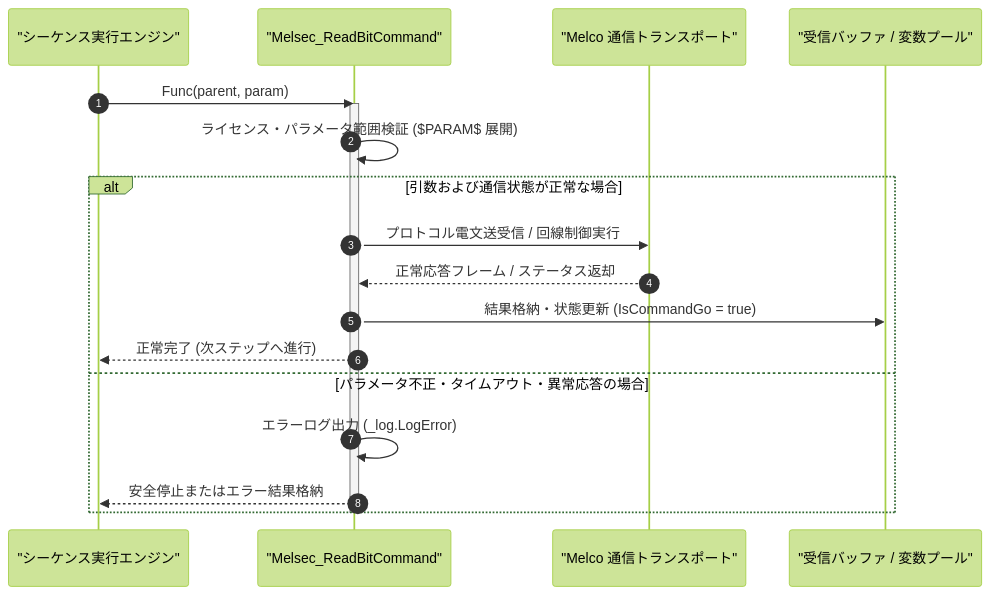
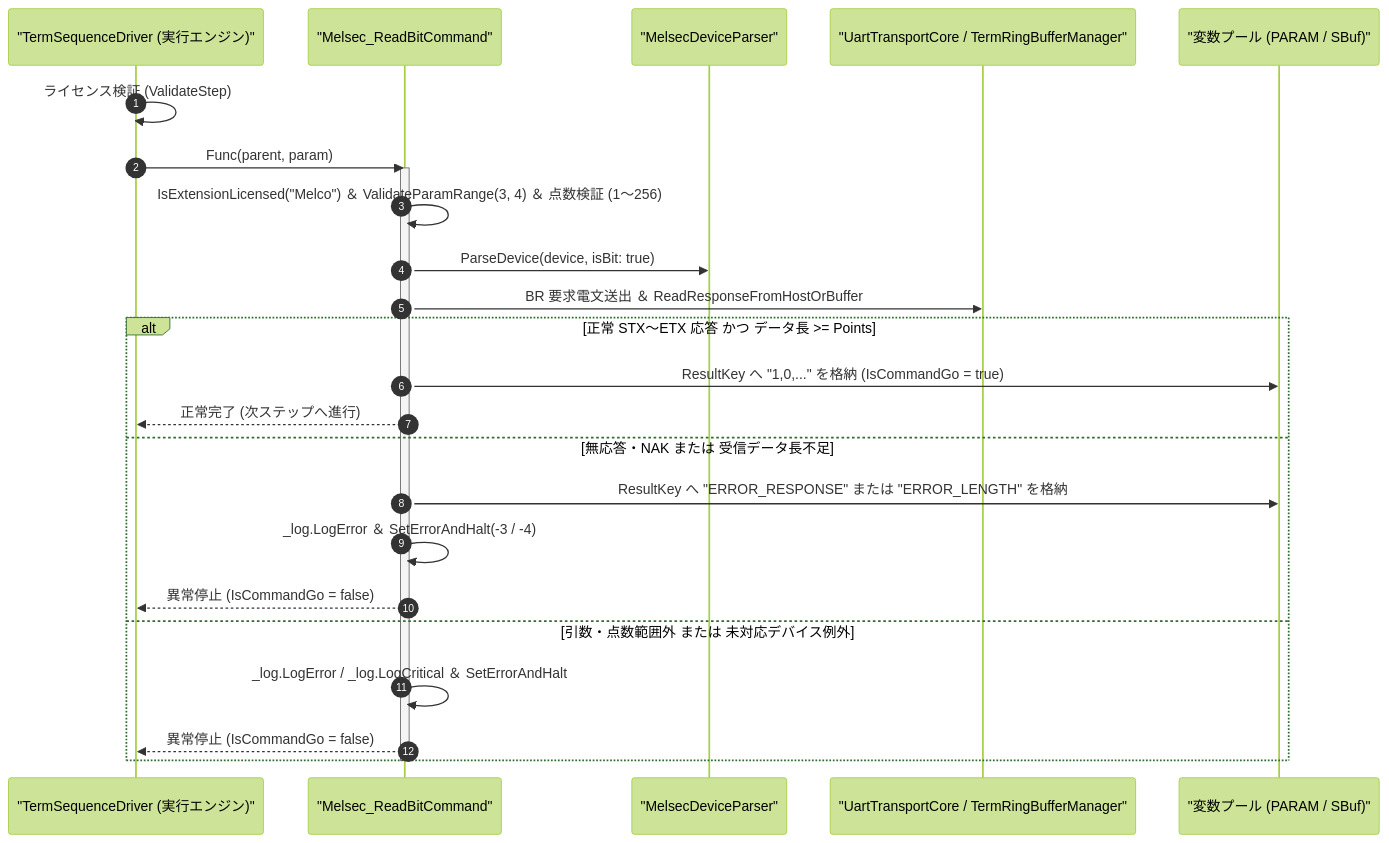
The diagram in Manual/Melco/Melsec_ReadBit.Md (Monaca-App/TermAddIn), drawn with Mermaid (forest theme) before and after one commit. The commit also changed other lines of this file and 157 other files, not shown here.

````diff
--- a/Manual/Melco/Melsec_ReadBit.Md
+++ b/Manual/Melco/Melsec_ReadBit.Md
@@ -81,22 +87,28 @@
 ```mermaid
 sequenceDiagram
     autonumber
-    participant Script as "シーケンス実行エンジン"
+    participant Driver as "TermSequenceDriver (実行エンジン)"
     participant Cmd as "Melsec_ReadBitCommand"
-    participant Trans as "Melco 通信トランスポート"
-    participant Buf as "受信バッファ / 変数プール"
+    participant Parser as "MelsecDeviceParser"
+    participant Port as "UartTransportCore / TermRingBufferManager"
+    participant Buf as "変数プール (PARAM / SBuf)"
 
-    Script->>Cmd: Func(parent, param)
+    Driver->>Driver: ライセンス検証 (ValidateStep)
+    Driver->>Cmd: Func(parent, param)
     activate Cmd
-    Cmd->>Cmd: ライセンス・パラメータ範囲検証 ($PARAM$ 展開)
-    alt 引数および通信状態が正常な場合
-        Cmd->>Trans: プロトコル電文送受信 / 回線制御実行
-        Trans-->>Cmd: 正常応答フレーム / ステータス返却
-        Cmd->>Buf: 結果格納・状態更新 (IsCommandGo = true)
-        Cmd-->>Script: 正常完了 (次ステップへ進行)
-    else パラメータ不正・タイムアウト・異常応答の場合
-        Cmd->>Cmd: エラーログ出力 (_log.LogError)
-        Cmd-->>Script: 安全停止またはエラー結果格納
+    Cmd->>Cmd: IsExtensionLicensed("Melco") ＆ ValidateParamRange(3, 4) ＆ 点数検証 (1〜256)
+    Cmd->>Parser: ParseDevice(device, isBit: true)
+    Cmd->>Port: BR 要求電文送出 ＆ ReadResponseFromHostOrBuffer
+    alt 正常 STX〜ETX 応答 かつ データ長 >= Points
+        Cmd->>Buf: ResultKey へ "1,0,..." を格納 (IsCommandGo = true)
+        Cmd-->>Driver: 正常完了 (次ステップへ進行)
+    else 無応答・NAK または 受信データ長不足
+        Cmd->>Buf: ResultKey へ "ERROR_RESPONSE" または "ERROR_LENGTH" を格納
+        Cmd->>Cmd: _log.LogError ＆ SetErrorAndHalt(-3 / -4)
+        Cmd-->>Driver: 異常停止 (IsCommandGo = false)
+    else 引数・点数範囲外 または 未対応デバイス例外
+        Cmd->>Cmd: _log.LogError / _log.LogCritical ＆ SetErrorAndHalt
+        Cmd-->>Driver: 異常停止 (IsCommandGo = false)
     end
     deactivate Cmd
 ```
````
